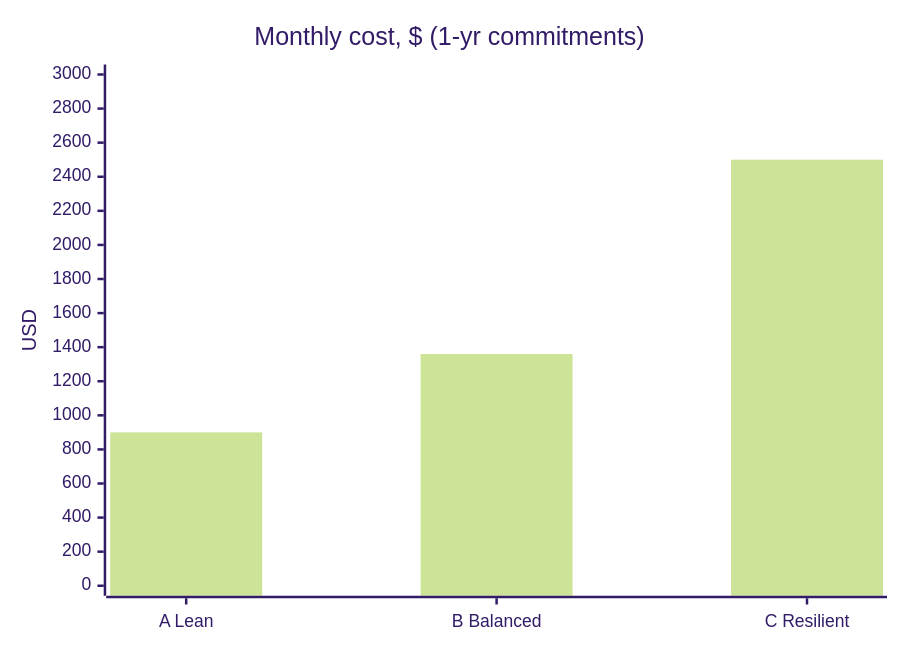
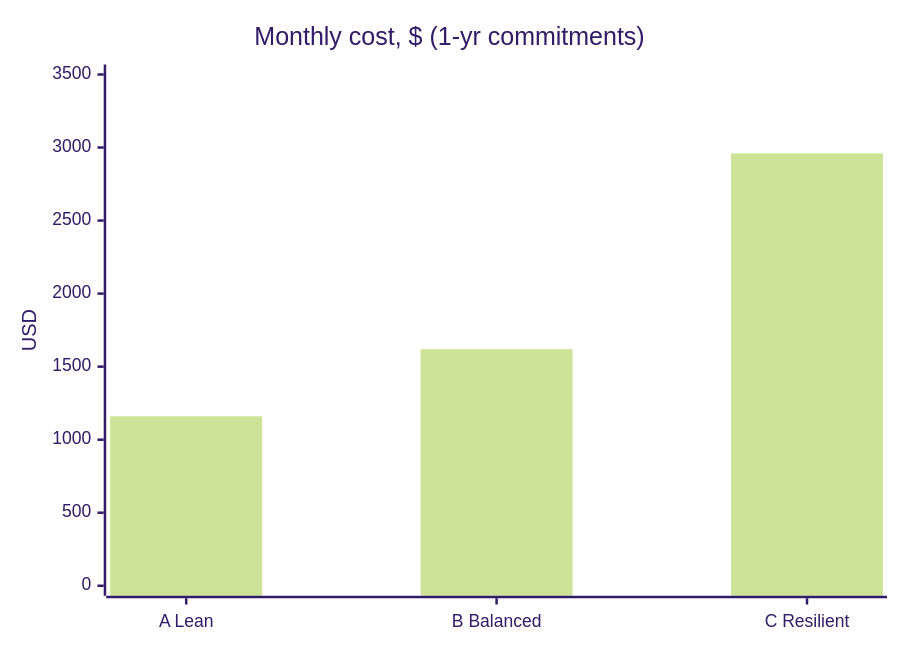
One commit to knightus/99tech-devops-challenge changed the third of 3 diagrams in src/problem1/SOLUTION.md. Above: the diagram before and after it, drawn with Mermaid (forest theme). The commit also changed other lines of this file, not shown here.

````diff
--- a/src/problem1/SOLUTION.md
+++ b/src/problem1/SOLUTION.md
@@ -109,7 +138,7 @@
 ```mermaid
 xychart-beta
   title "Monthly cost, $ (1-yr commitments)"
   x-axis ["A Lean", "B Balanced", "C Resilient"]
-  y-axis "USD" 0 --> 3000
-  bar [900, 1360, 2500]
+  y-axis "USD" 0 --> 3500
+  bar [1160, 1620, 2960]
 ```
````
